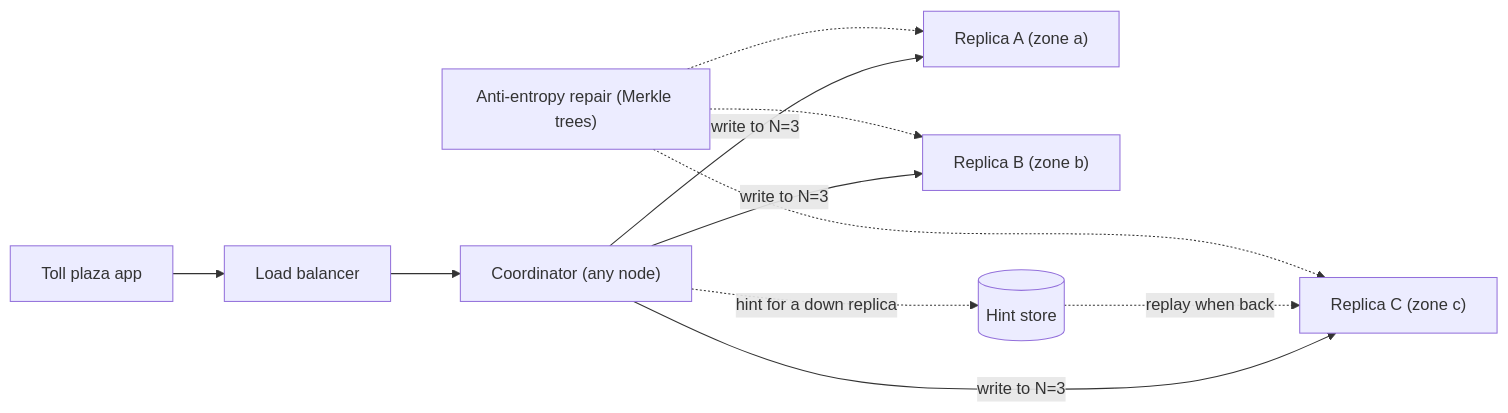
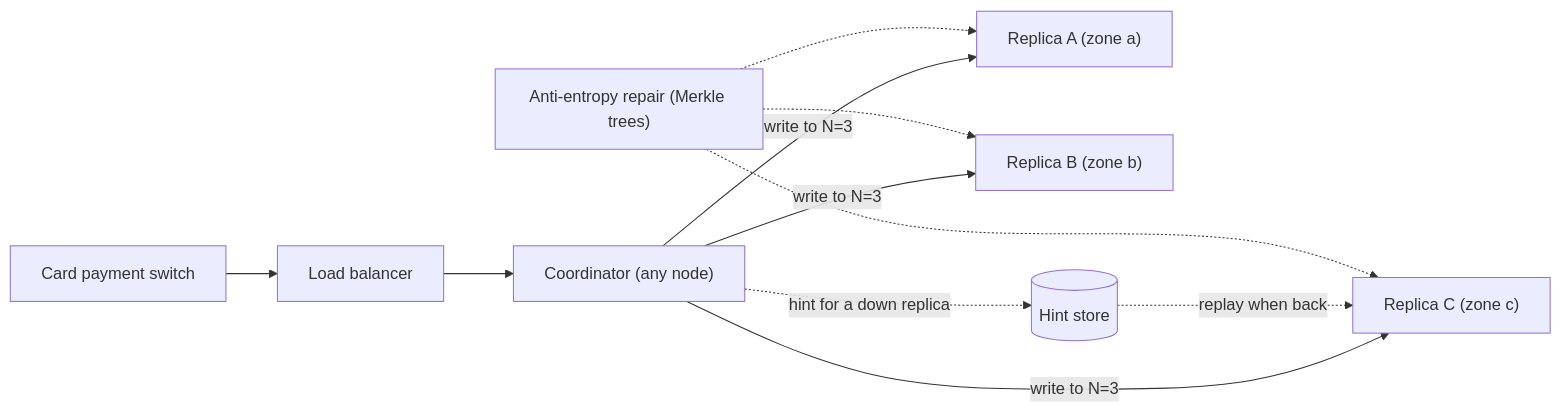
The first of 3 diagrams in content/lessons/m13/m13-quorums.md (rizwi0786/system-design-lab), drawn with Mermaid before and after one commit. The commit also changed other lines of this file and 334 other files, not shown here.

````diff
--- a/content/lessons/m13/m13-quorums.md
+++ b/content/lessons/m13/m13-quorums.md
@@ -180,13 +180,13 @@
 ```mermaid
 flowchart LR
-    C["Toll plaza app"] --> LB["Load balancer"]
+    C["Card payment switch"] --> LB["Load balancer"]
     LB --> CO["Coordinator (any node)"]
     CO -->|"write to N=3"| A["Replica A (zone a)"]
     CO -->|"write to N=3"| B["Replica B (zone b)"]
     CO -->|"write to N=3"| Cc["Replica C (zone c)"]
     CO -.->|"hint for a down replica"| H[("Hint store")]
     H -.->|"replay when back"| Cc
     AE["Anti-entropy repair (Merkle trees)"] -.-> A
     AE -.-> B
     AE -.-> Cc
 ```
````
